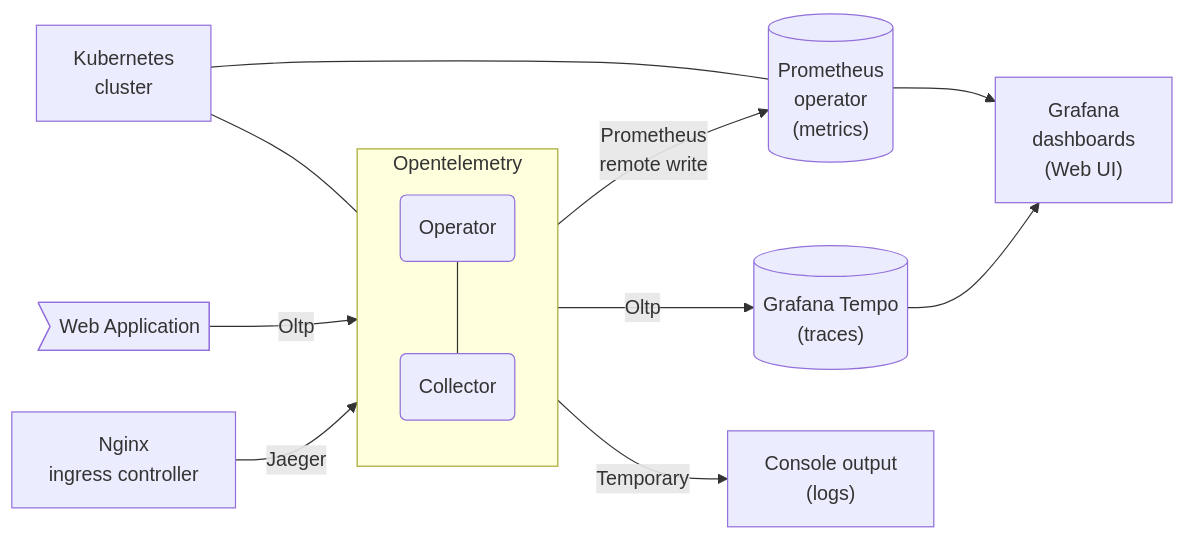
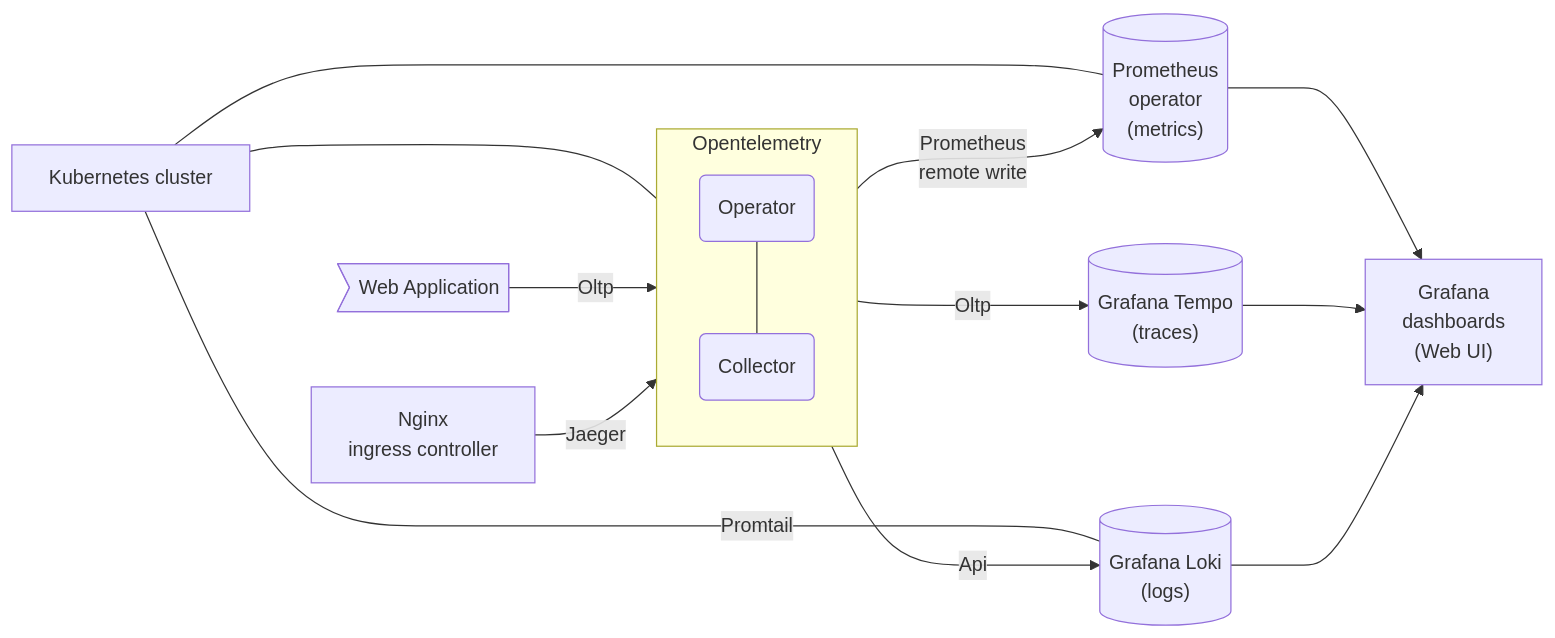
One commit to mrzysztof/opentelemetry-demo changed the diagram in README.md. Above: the diagram before and after it, drawn with Mermaid. The commit also changed other lines of this file, not shown here.

Commit message:
Update README.md with loki deployment

````diff
--- a/README.md
+++ b/README.md
@@ -52,40 +52,44 @@
 ```mermaid
 flowchart LR
 
 App>Web Application]
 Nginx["Nginx
 ingress controller"]
 
-K8["Kubernetes
-cluster"]
+K8["Kubernetes cluster"]
+
 Prom[("Prometheus
 operator
 (metrics)")]
+
 Tempo[("Grafana Tempo
 (traces)")]
+
+Loki[("Grafana Loki
+(logs)")]
+
 Grafana["Grafana
 dashboards
 (Web UI)"]
 
 subgraph Oltp[Opentelemetry]
     direction TB
     o(Operator) --- c(Collector)
 end
 
 K8 --- Oltp
-K8 --- Prom
+K8 ----- Prom
+K8 ------|Promtail| Loki
+
+Oltp --->|"Prometheus
+remote write"| Prom
+Oltp --->|Oltp| Tempo
+Oltp -->|Api| Loki
+
+Prom ---> Grafana
+Tempo ---> Grafana
+Loki ---> Grafana
 
 App -->|Oltp| Oltp
-
-Oltp -->|"Prometheus
-remote write"| Prom
-Oltp -->|Oltp| Tempo
-
-Oltp -->|Temporary| cli["Console output
-(logs)"]
-
-Prom --> Grafana
-Tempo --> Grafana
-
 Nginx -->|Jaeger| Oltp
 ```
````
